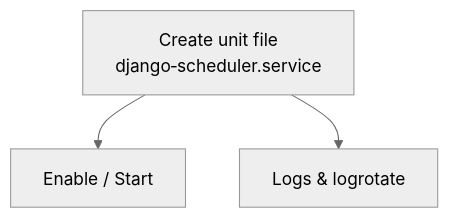
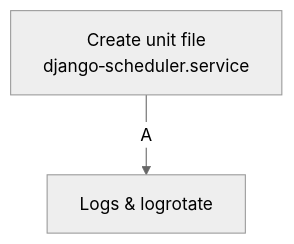
Before and after one commit to corrin/jobs_manager: the diagram in SCHEDULER_INSTRUCTIONS.md, drawn with Mermaid (neutral theme). The commit also changed other lines of this file and 3 other files, not shown here.

First line of the commit message:
feat(apps/purchasing/views/purchase_order.py): return JSON response after quote processing refactor(apps/quoting/apps.py): remove scheduler start from apps refactor(apps/workflow/apps.py): remove scheduler start from apps

````diff
--- a/SCHEDULER_INSTRUCTIONS.md
+++ b/SCHEDULER_INSTRUCTIONS.md
@@ -3,5 +3,5 @@
 ```mermaid
 graph TD
-  A[Create unit file<br/>django‑scheduler.service] --> B[Enable / Start]
+    A[Create unit file<br/>django‑scheduler.service] --
   A --> C[Logs & logrotate]
 ```
````
